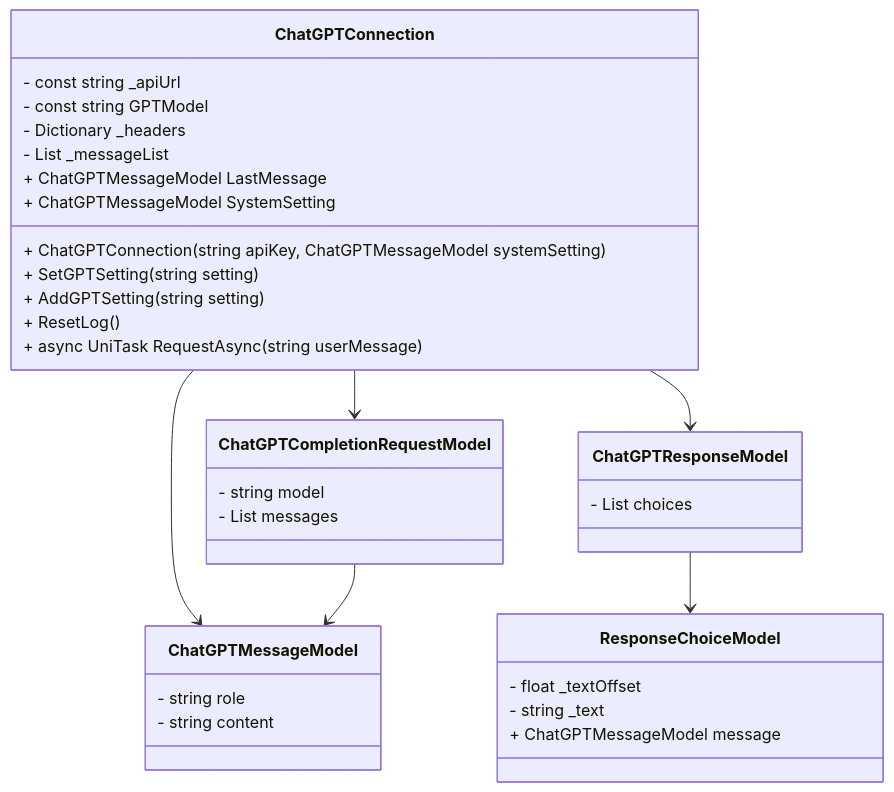
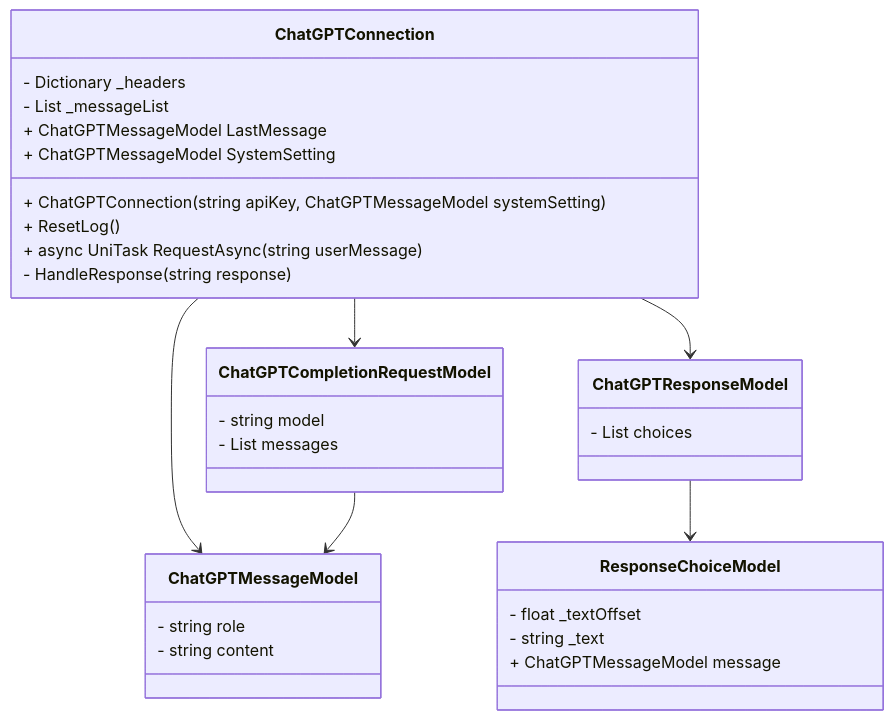
The diagram in Assets/Scripts/Chat GPT/README.md (20jun01/ChatGPTForCSharp), drawn with Mermaid before and after one commit. The commit also changed 1 other file, not shown here.

Commit message:
refactor: refactor

````diff
--- a/Assets/Scripts/Chat GPT/README.md
+++ b/Assets/Scripts/Chat GPT/README.md
@@ -7,42 +7,39 @@
 ```mermaid  
 classDiagram
 class ChatGPTConnection {
-    - const string _apiUrl
-    - const string GPTModel
     - Dictionary<string, string> _headers
     - List<ChatGPTMessageModel> _messageList
     + ChatGPTMessageModel LastMessage
     + ChatGPTMessageModel SystemSetting
     + ChatGPTConnection(string apiKey, ChatGPTMessageModel systemSetting)
-    + SetGPTSetting(string setting)
-    + AddGPTSetting(string setting)
     + ResetLog()
     + async UniTask<ChatGPTResponseModel> RequestAsync(string userMessage)
+    - HandleResponse(string response)
 }
 
 class ChatGPTMessageModel{
     - string role
     - string content
 }
 
 class ChatGPTCompletionRequestModel{
     - string model
     - List<ChatGPTMessageModel> messages
 }
 
 class ChatGPTResponseModel{
     - List<ResponseChoiceModel> choices
 }
 
 class ResponseChoiceModel{
     - float _textOffset
     - string _text
     + ChatGPTMessageModel message
 }
 
 ChatGPTConnection --> ChatGPTMessageModel
 ChatGPTCompletionRequestModel --> ChatGPTMessageModel
 ChatGPTResponseModel --> ResponseChoiceModel
 ChatGPTConnection --> ChatGPTCompletionRequestModel
 ChatGPTConnection --> ChatGPTResponseModel
 ```
````
